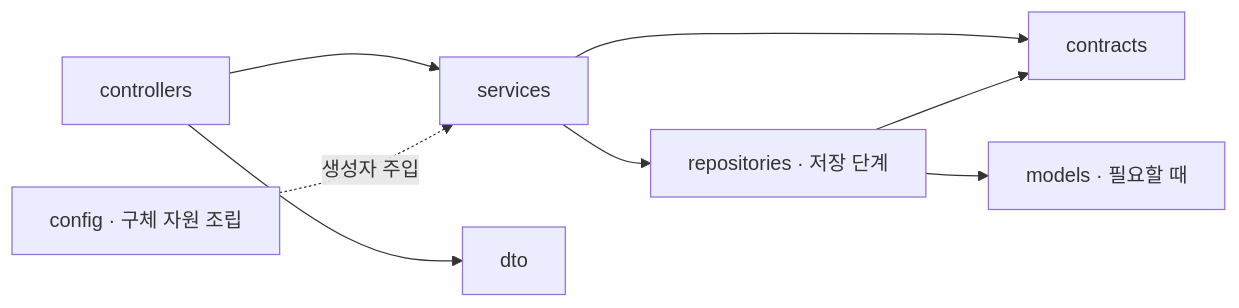
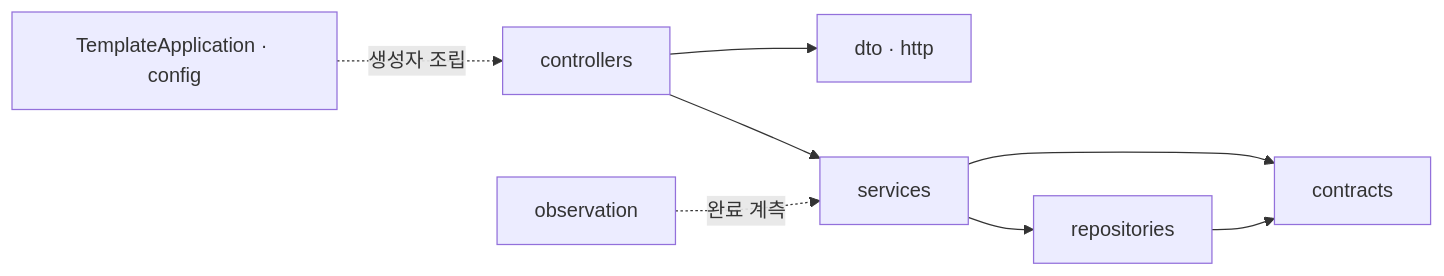
Before and after one commit to Dae-Jeong/backend-template: the diagram in design/implementations/spring-boot-structure.md, drawn with Mermaid. The commit also changed other lines of this file and 43 other files, not shown here.

````diff
--- a/design/implementations/spring-boot-structure.md
+++ b/design/implementations/spring-boot-structure.md
@@ -75,10 +8,10 @@
 ```mermaid
 flowchart LR
-    CONTROLLER["controllers"] --> SERVICE["services"]
-    CONTROLLER --> DTO["dto"]
-    SERVICE --> CONTRACT["contracts"]
-    SERVICE --> REPO["repositories · 저장 단계"]
-    REPO --> CONTRACT
-    REPO --> MODEL["models · 필요할 때"]
-    CONFIG["config · 구체 자원 조립"] -. "생성자 주입" .-> SERVICE
+    BOOT["TemplateApplication · config"] -. 생성자 조립 .-> C["controllers"]
+    C --> DTO["dto · http"]
+    C --> A["services"]
+    A --> R["repositories"]
+    A --> CONTRACT["contracts"]
+    R --> CONTRACT
+    OBS["observation"] -. 완료 계측 .-> A
 ```
````
